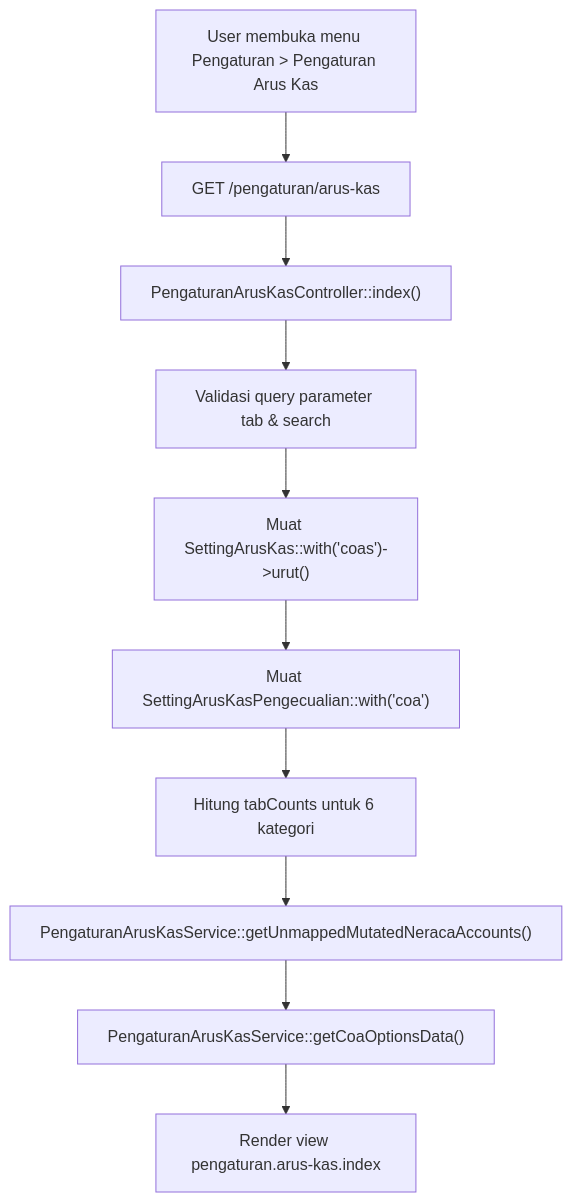
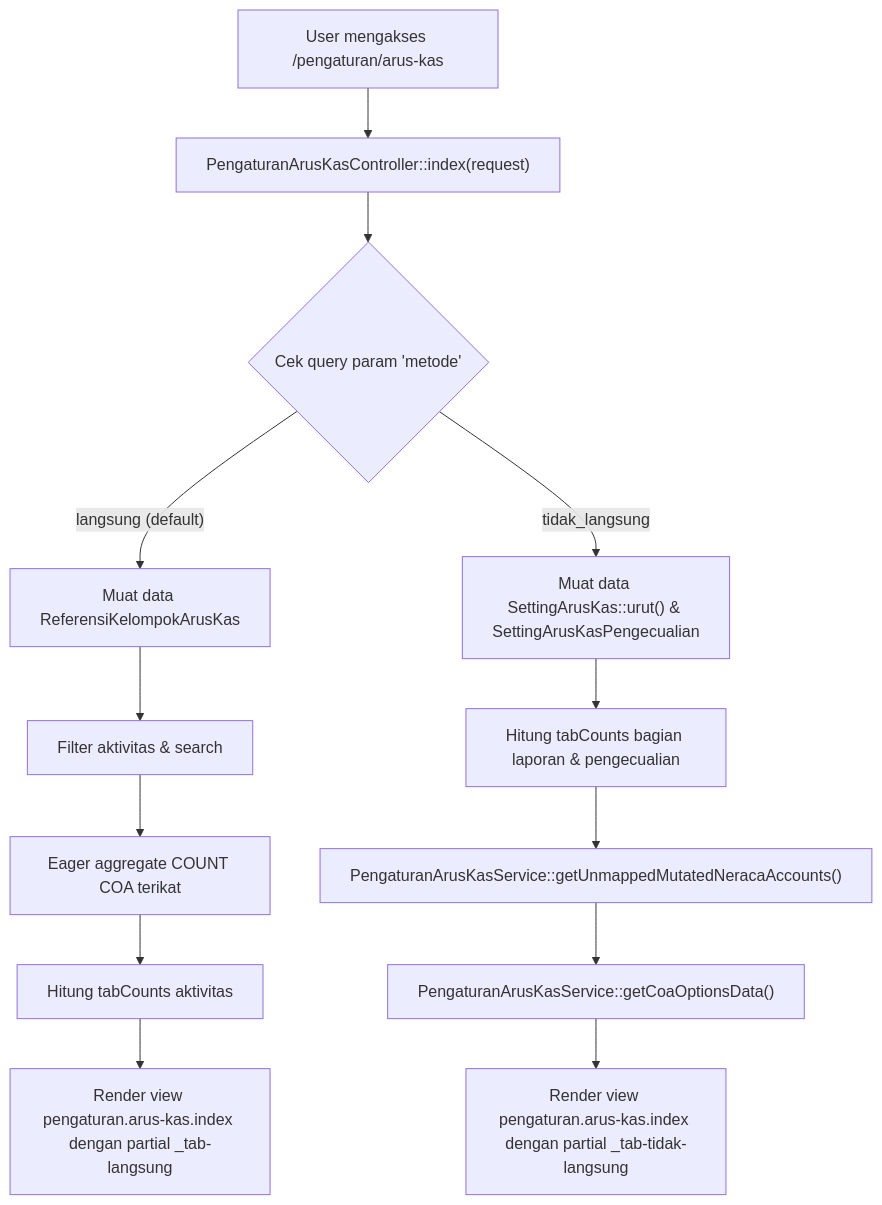
Before and after one commit to AltamaSidoarjo/laravel-siakurat-pt-smt: the first of 9 diagrams in dokumentasi/pengaturan-arus-kas.md, drawn with Mermaid. The commit also changed other lines of this file and 9 other files, not shown here.

Commit message:
docs(arus-kas): update cross-module link, consolidate docs, and verify suite

````diff
--- a/dokumentasi/pengaturan-arus-kas.md
+++ b/dokumentasi/pengaturan-arus-kas.md
@@ -95,12 +112,15 @@
 ```mermaid
 flowchart TD
-    A["User membuka menu Pengaturan > Pengaturan Arus Kas"] --> B["GET /pengaturan/arus-kas"]
-    B --> C["PengaturanArusKasController::index()"]
-    C --> D["Validasi query parameter tab & search"]
-    D --> E["Muat SettingArusKas::with('coas')->urut()"]
-    E --> F["Muat SettingArusKasPengecualian::with('coa')"]
-    F --> G["Hitung tabCounts untuk 6 kategori"]
-    G --> H["PengaturanArusKasService::getUnmappedMutatedNeracaAccounts()"]
-    H --> I["PengaturanArusKasService::getCoaOptionsData()"]
-    I --> J["Render view pengaturan.arus-kas.index"]
+    A["User mengakses /pengaturan/arus-kas"] --> B["PengaturanArusKasController::index(request)"]
+    B --> C{"Cek query param 'metode'"}
+    C -- "langsung (default)" --> D["Muat data ReferensiKelompokArusKas"]
+    D --> E["Filter aktivitas & search"]
+    E --> F["Eager aggregate COUNT COA terikat"]
+    F --> G["Hitung tabCounts aktivitas"]
+    C -- "tidak_langsung" --> H["Muat data SettingArusKas::urut() & SettingArusKasPengecualian"]
+    H --> I["Hitung tabCounts bagian laporan & pengecualian"]
+    I --> J["PengaturanArusKasService::getUnmappedMutatedNeracaAccounts()"]
+    J --> K["PengaturanArusKasService::getCoaOptionsData()"]
+    G --> L["Render view pengaturan.arus-kas.index dengan partial _tab-langsung"]
+    K --> M["Render view pengaturan.arus-kas.index dengan partial _tab-tidak-langsung"]
 ```
````
